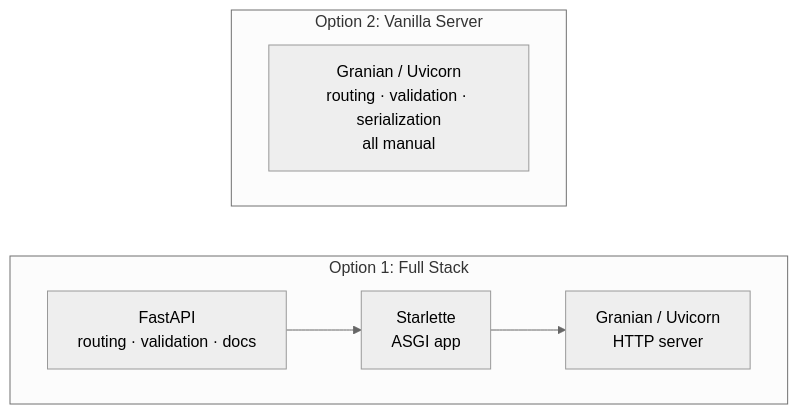
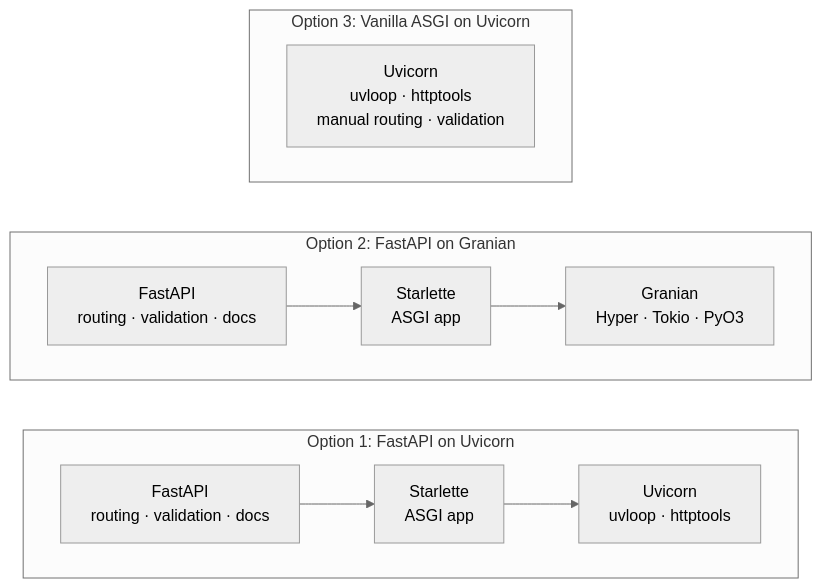
One commit to huydhoang/quantlens-docs changed the first of 2 diagrams in asgi_web_server.md. Above: the diagram before and after it, drawn with Mermaid (neutral theme). The commit also changed other lines of this file and 1 other file, not shown here.

Commit message:
ckpt: update asgi web server doc

````diff
--- a/asgi_web_server.md
+++ b/asgi_web_server.md
@@ -22,12 +22,17 @@
 ```mermaid
 flowchart LR
-    subgraph opt1["Option 1: Full Stack"]
+    subgraph opt1["Option 1: FastAPI on Uvicorn"]
         direction LR
-        A1[FastAPI<br/>routing · validation · docs] --> A2[Starlette<br/>ASGI app] --> A3[Granian / Uvicorn<br/>HTTP server]
+        A1[FastAPI<br/>routing · validation · docs] --> A2[Starlette<br/>ASGI app] --> A3[Uvicorn<br/>uvloop · httptools]
     end
 
-    subgraph opt2["Option 2: Vanilla Server"]
+    subgraph opt2["Option 2: FastAPI on Granian"]
         direction LR
-        B1[Granian / Uvicorn<br/>routing · validation · serialization<br/>all manual]
+        B1[FastAPI<br/>routing · validation · docs] --> B2[Starlette<br/>ASGI app] --> B3[Granian<br/>Hyper · Tokio · PyO3]
+    end
+
+    subgraph opt3["Option 3: Vanilla ASGI on Uvicorn"]
+        direction LR
+        C1[Uvicorn<br/>uvloop · httptools<br/>manual routing · validation]
     end
 ```
````
